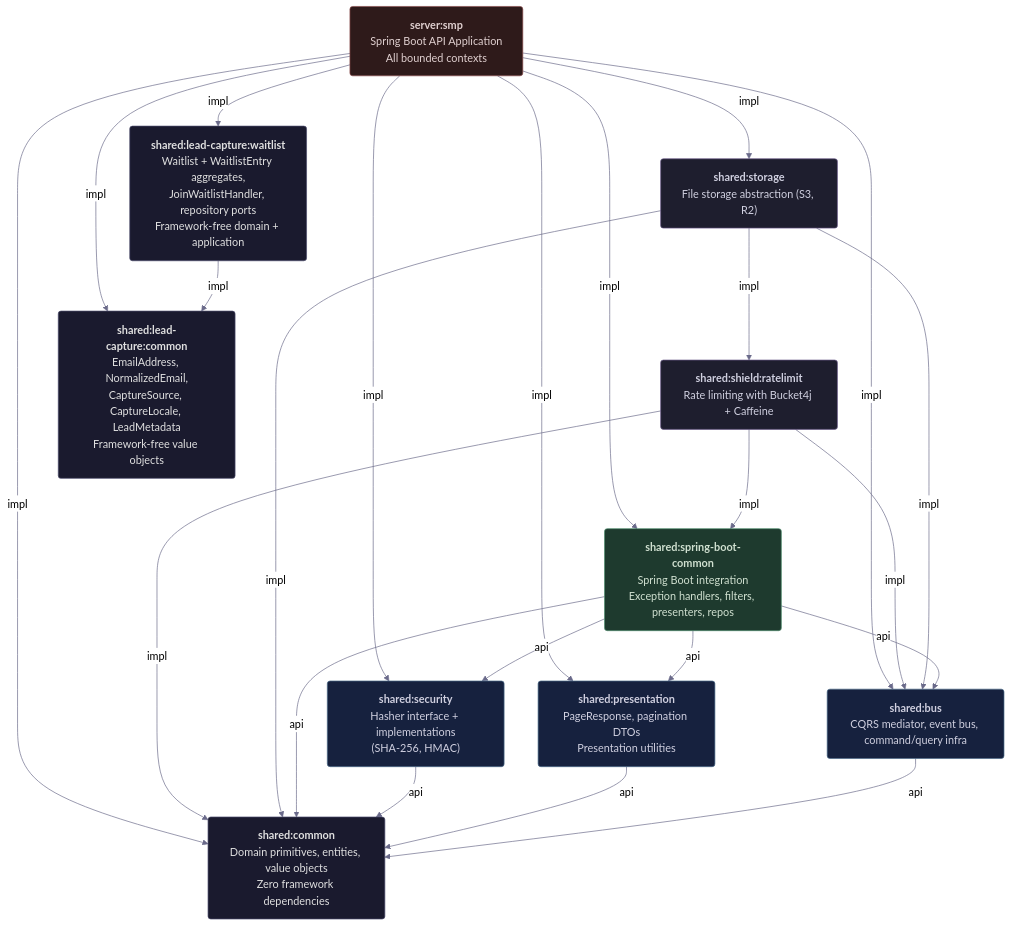
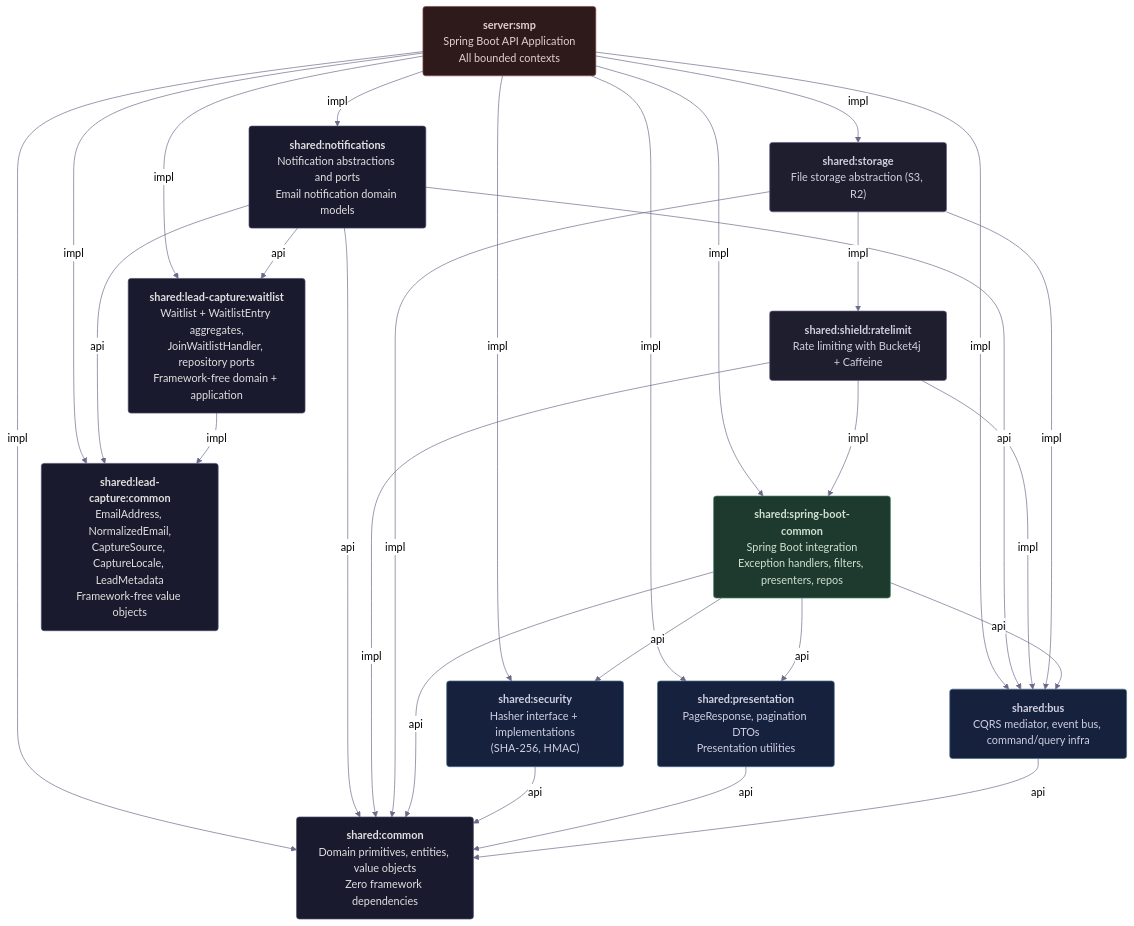
Before and after one commit to dallay/profiletailors.com: the diagram in docs/architecture/shared/dependencies.md, drawn with Mermaid. The commit also changed other lines of this file and 11 other files, not shown here.

First line of the commit message:
docs(architecture): synchronize C4 models and ADRs with code evidence (#797)

````diff
--- a/docs/architecture/shared/dependencies.md
+++ b/docs/architecture/shared/dependencies.md
@@ -22,56 +39,62 @@
 ```mermaid
 %%{init: {'theme':'neutral', 'themeVariables': {'primaryColor':'#1a1a2e','primaryTextColor':'#e0e0e0','primaryBorderColor':'#4a4a6a','lineColor':'#6a6a8a','tertiaryColor':'#16213e'}}}%%
 
 graph TB
     %% MODULE NODES
     COMMON["<b>shared:common</b><br/>Domain primitives, entities, value objects<br/>Zero framework dependencies"]
     BUS["<b>shared:bus</b><br/>CQRS mediator, event bus, command/query infra"]
     PRESENTATION["<b>shared:presentation</b><br/>PageResponse, pagination DTOs<br/>Presentation utilities"]
     SECURITY["<b>shared:security</b><br/>Hasher interface + implementations<br/>(SHA-256, HMAC)"]
     SBC["<b>shared:spring-boot-common</b><br/>Spring Boot integration<br/>Exception handlers, filters, presenters, repos"]
     STORAGE["<b>shared:storage</b><br/>File storage abstraction (S3, R2)"]
     RATELIMIT["<b>shared:shield:ratelimit</b><br/>Rate limiting with Bucket4j + Caffeine"]
     LC_COMMON["<b>shared:lead-capture:common</b><br/>EmailAddress, NormalizedEmail,<br/>CaptureSource, CaptureLocale, LeadMetadata<br/>Framework-free value objects"]
     LC_WAITLIST["<b>shared:lead-capture:waitlist</b><br/>Waitlist + WaitlistEntry aggregates,<br/>JoinWaitlistHandler, repository ports<br/>Framework-free domain + application"]
+    NOTIFICATIONS["<b>shared:notifications</b><br/>Notification abstractions and ports<br/>Email notification domain models"]
 
     %% CLIENT NODES
     SMP["<b>server:smp</b><br/>Spring Boot API Application<br/>All bounded contexts"]
 
     %% COMPILE DEPENDENCIES (api / implementation)
     BUS -->|api| COMMON
     PRESENTATION -->|api| COMMON
     SECURITY -->|api| COMMON
     SBC -->|api| COMMON
     SBC -->|api| BUS
     SBC -->|api| SECURITY
     SBC -->|api| PRESENTATION
     STORAGE -->|impl| COMMON
     STORAGE -->|impl| BUS
     STORAGE -->|impl| RATELIMIT
     RATELIMIT -->|impl| COMMON
     RATELIMIT -->|impl| BUS
     RATELIMIT -->|impl| SBC
     LC_WAITLIST -->|impl| LC_COMMON
+    NOTIFICATIONS -->|api| COMMON
+    NOTIFICATIONS -->|api| BUS
+    NOTIFICATIONS -->|api| LC_COMMON
+    NOTIFICATIONS -->|api| LC_WAITLIST
     SMP -->|impl| COMMON
     SMP -->|impl| BUS
     SMP -->|impl| SECURITY
     SMP -->|impl| PRESENTATION
     SMP -->|impl| SBC
     SMP -->|impl| STORAGE
     SMP -->|impl| LC_COMMON
     SMP -->|impl| LC_WAITLIST
+    SMP -->|impl| NOTIFICATIONS
 
     %% STYLING
     classDef foundation fill:#1a1a2e,stroke:#4a4a6a,color:#e0e0e0,rx:4px
     classDef shared fill:#16213e,stroke:#4a6a8a,color:#d0d0e0,rx:4px
     classDef spring fill:#1e3a2e,stroke:#4a8a6a,color:#d0e0d0,rx:4px
     classDef client fill:#2e1a1a,stroke:#8a4a4a,color:#e0d0d0,rx:4px
     classDef infra fill:#1e1e2e,stroke:#6a5a8a,color:#d0d0e0,rx:4px
 
     class COMMON foundation
     class BUS,PRESENTATION,SECURITY shared
     class SBC spring
     class STORAGE,RATELIMIT infra
-    class LC_COMMON,LC_WAITLIST foundation
+    class LC_COMMON,LC_WAITLIST,NOTIFICATIONS foundation
     class SMP client
 ```
````
